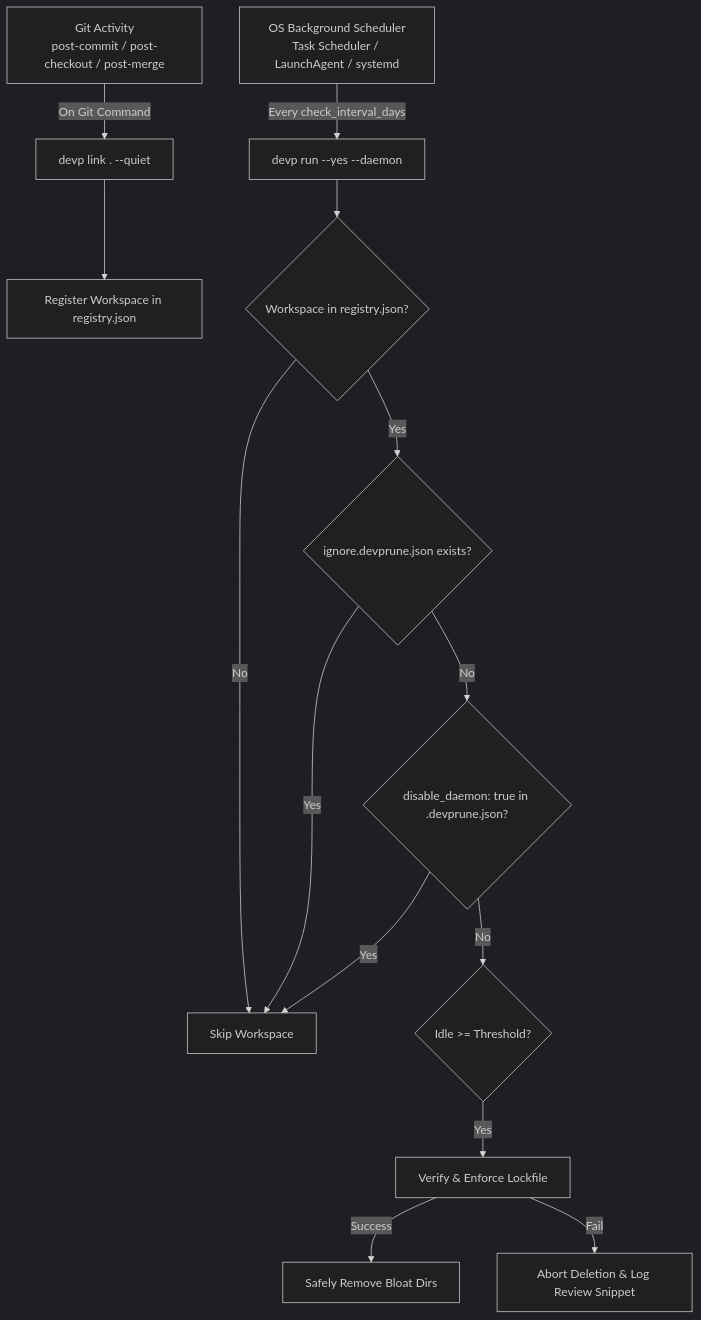
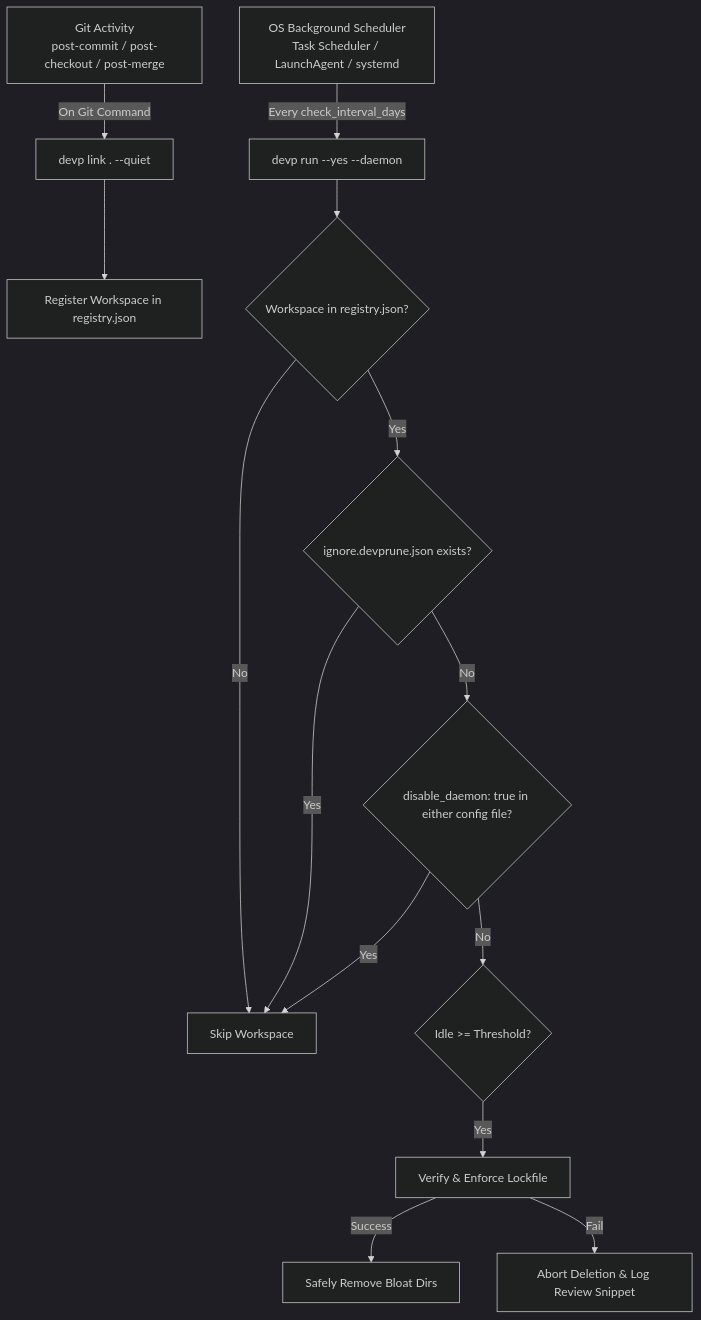
One commit to Life-Experimentalist/dev-prune changed the second of 2 diagrams in docs/BACKGROUND_AUTOMATION.md. Above: the diagram before and after it, drawn with Mermaid (dark theme). The commit also changed other lines of this file and 77 other files, not shown here.

````diff
--- a/docs/BACKGROUND_AUTOMATION.md
+++ b/docs/BACKGROUND_AUTOMATION.md
@@ -117,18 +117,18 @@
 ```mermaid
 flowchart TD
     OS[OS Background Scheduler<br/>Task Scheduler / LaunchAgent / systemd] -->|Every check_interval_days| DaemonPass["devp run --yes --daemon"]
     GitActivity[Git Activity<br/>post-commit / post-checkout / post-merge] -->|On Git Command| HookRegister["devp link . --quiet"]
 
     HookRegister --> RegisterWorkspace["Register Workspace in registry.json"]
 
     DaemonPass --> CheckReg{Workspace in registry.json?}
     CheckReg -->|No| Skip[Skip Workspace]
     CheckReg -->|Yes| CheckIgnoreFile{ignore.devprune.json exists?}
     CheckIgnoreFile -->|Yes| Skip
-    CheckIgnoreFile -->|No| CheckDisableDaemon{disable_daemon: true in .devprune.json?}
+    CheckIgnoreFile -->|No| CheckDisableDaemon{disable_daemon: true in either config file?}
     CheckDisableDaemon -->|Yes| Skip
     CheckDisableDaemon -->|No| CheckIdle{Idle >= Threshold?}
     CheckIdle -->|Yes| EnforceLockfile[Verify & Enforce Lockfile]
     EnforceLockfile -->|Success| Prune[Safely Remove Bloat Dirs]
     EnforceLockfile -->|Fail| Abort[Abort Deletion & Log Review Snippet]
 ```
````
